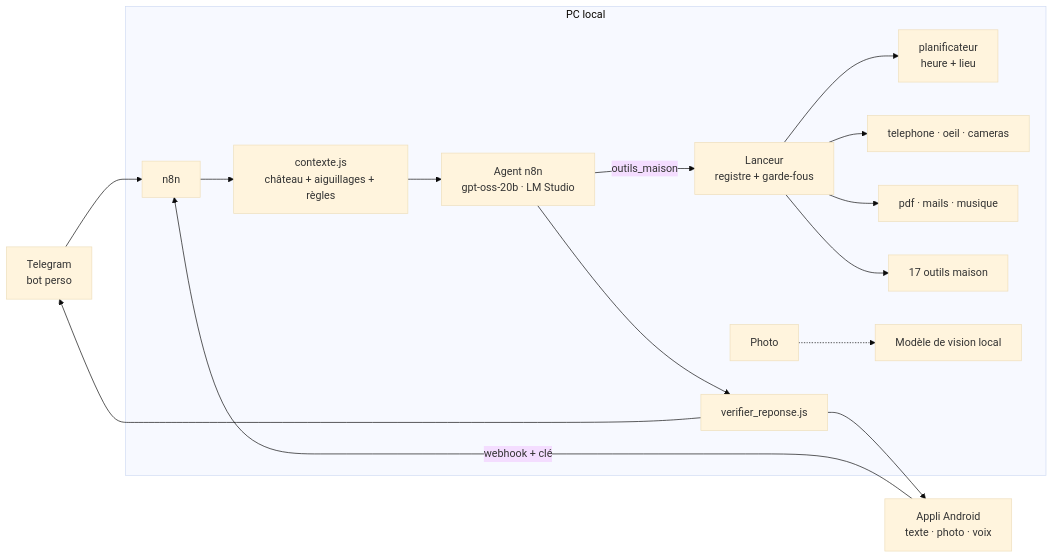
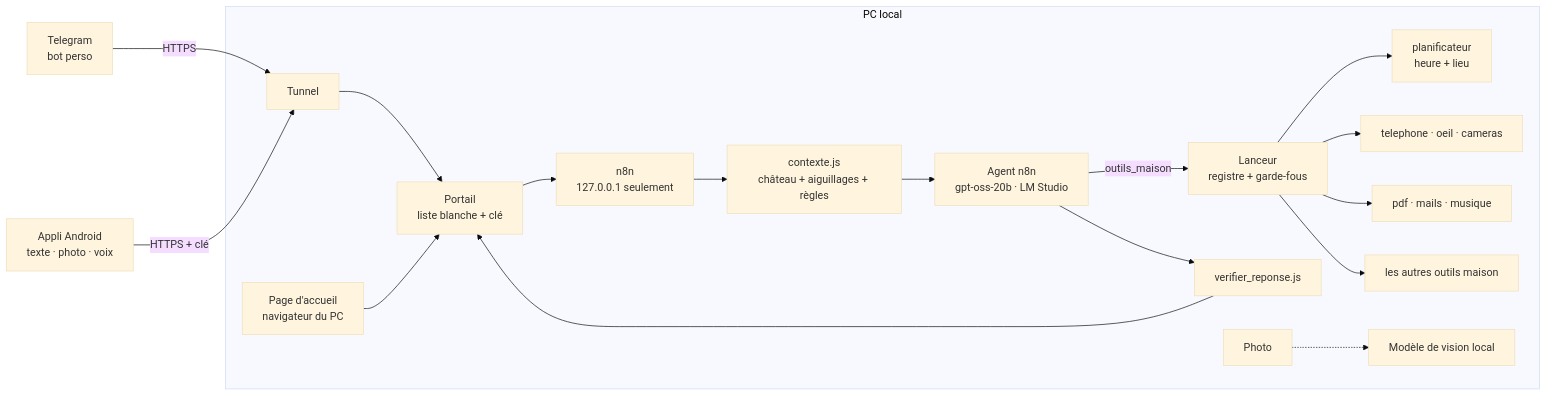
Before and after one commit to StoneRaider/archi: the diagram in README.md, drawn with Mermaid (base theme). The commit also changed other lines of this file and 8 other files, not shown here.

````diff
--- a/README.md
+++ b/README.md
@@ -56,15 +116,17 @@
 ```mermaid
 flowchart LR
-  T[Telegram<br/>bot perso] --> N
-  A[Appli Android<br/>texte · photo · voix] -- webhook + clé --> N
+  T[Telegram<br/>bot perso] -- HTTPS --> TU
+  A[Appli Android<br/>texte · photo · voix] -- HTTPS + clé --> TU
   subgraph PC[PC local]
-    N[n8n] --> C[contexte.js<br/>château + aiguillages + règles]
+    TU[Tunnel] --> PO[Portail<br/>liste blanche + clé]
+    NAV[Page d'accueil<br/>navigateur du PC] --> PO
+    PO --> N[n8n<br/>127.0.0.1 seulement]
+    N --> C[contexte.js<br/>château + aiguillages + règles]
     C --> G[Agent n8n<br/>gpt-oss-20b · LM Studio]
     G -- outils_maison --> O[Lanceur<br/>registre + garde-fous]
-    O --> P1[planificateur<br/>heure + lieu] & P2[telephone · oeil · cameras] & P3[pdf · mails · musique] & P4[17 outils maison]
+    O --> P1[planificateur<br/>heure + lieu] & P2[telephone · oeil · cameras] & P3[pdf · mails · musique] & P4[les autres outils maison]
     G --> V[verifier_reponse.js]
     A2[Photo] -.-> VI[Modèle de vision local]
   end
-  V --> T
-  V --> A
+  V --> PO
 ```
````
